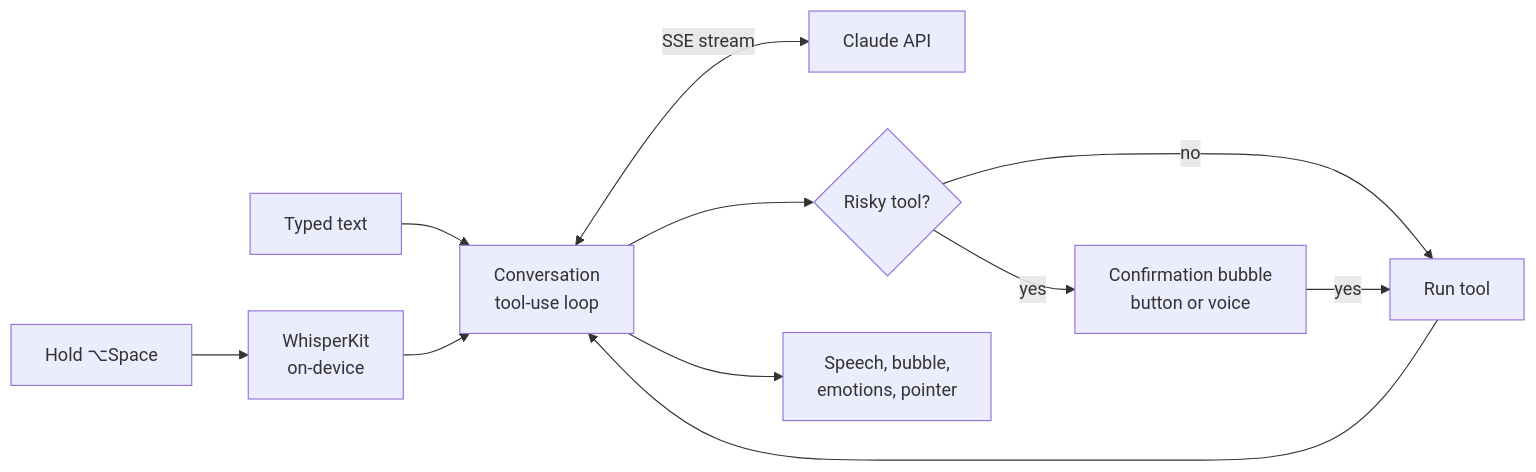
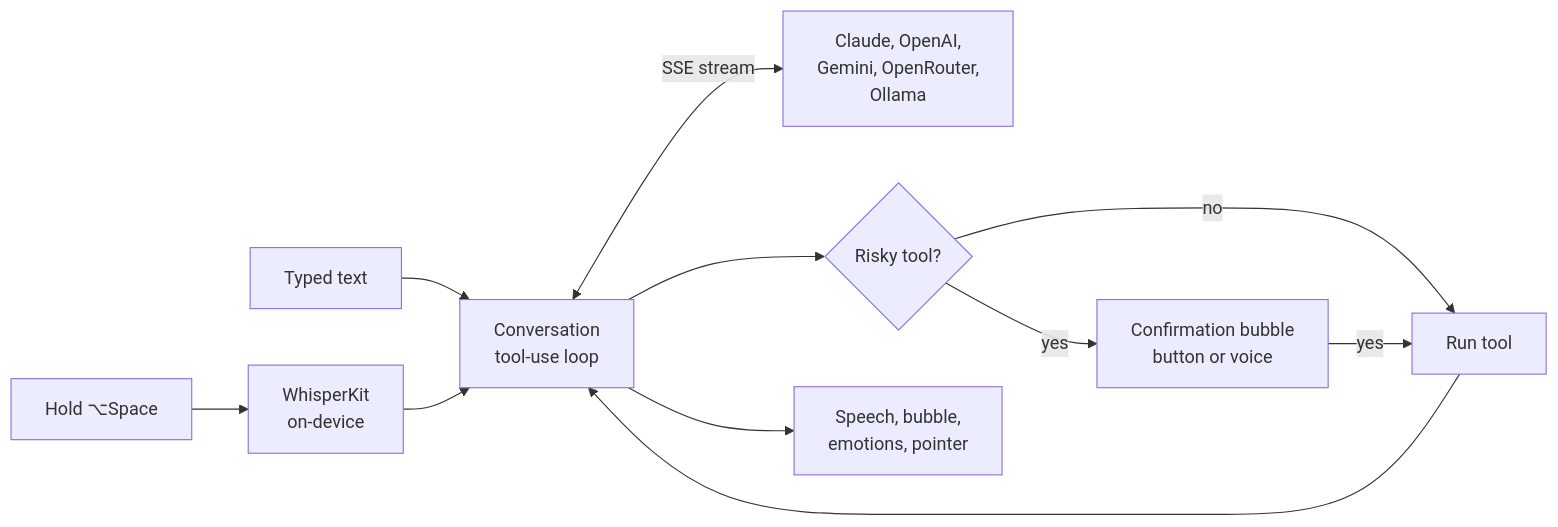
The diagram in README.md (Bogdusik/Dzhmil), drawn with Mermaid before and after one commit. The commit also changed other lines of this file, not shown here.

````diff
--- a/README.md
+++ b/README.md
@@ -69,13 +72,13 @@
 ```mermaid
 flowchart LR
     V["Hold ⌥Space"] --> W["WhisperKit<br/>on-device"]
     K["Typed text"] --> C
     W --> C["Conversation<br/>tool-use loop"]
-    C <-->|"SSE stream"| A["Claude API"]
+    C <-->|"SSE stream"| A["Claude, OpenAI,<br/>Gemini, OpenRouter,<br/>Ollama"]
     C --> R{"Risky tool?"}
     R -- no --> T["Run tool"]
     R -- yes --> Q["Confirmation bubble<br/>button or voice"]
     Q -- yes --> T
     T --> C
     C --> S["Speech, bubble,<br/>emotions, pointer"]
 ```
````
